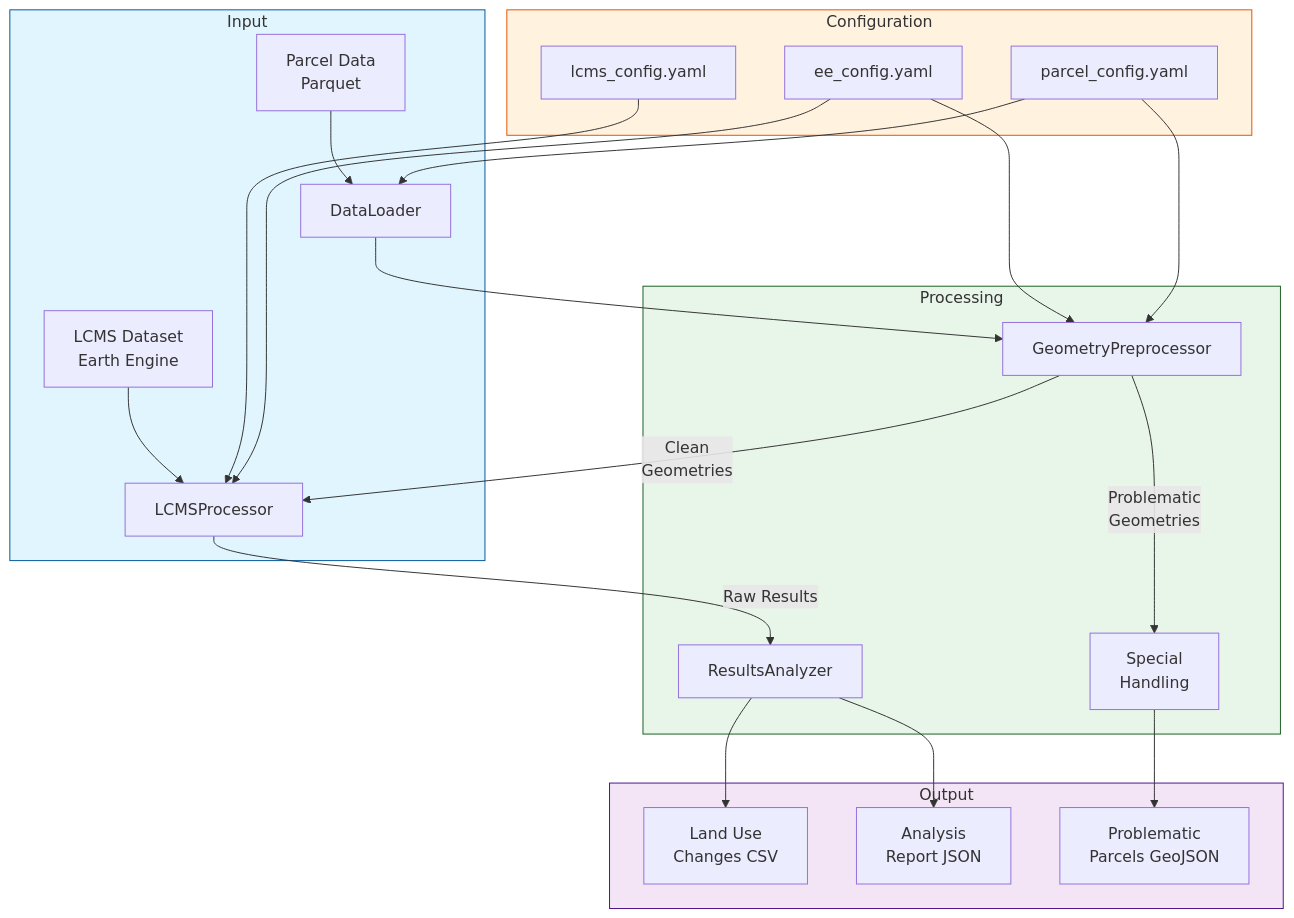
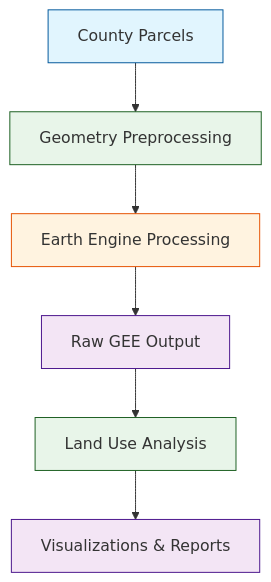
Before and after one commit to mihiarc/parcelpy: the first of 4 diagrams in README.md, drawn with Mermaid. The commit also changed other lines of this file and 24 other files, not shown here.

First line of the commit message:
feat: Complete Anoka County analysis and enhance analysis module

````diff
--- a/README.md
+++ b/README.md
@@ -53,31 +7,15 @@
 ```mermaid
 graph TD
-    subgraph Input
-        A[Parcel Data<br>Parquet] --> B[DataLoader]
-        C[LCMS Dataset<br>Earth Engine] --> E[LCMSProcessor]
-    end
+    A[County Parcels] --> B[Geometry Preprocessing]
+    B --> C[Earth Engine Processing]
+    C --> D[Raw GEE Output]
+    D --> E[Land Use Analysis]
+    E --> F[Visualizations & Reports]
 
-    subgraph Processing
-        B --> D[GeometryPreprocessor]
-        D --> |Clean<br>Geometries| E
-        D --> |Problematic<br>Geometries| F[Special<br>Handling]
-        E --> |Raw Results| G[ResultsAnalyzer]
-    end
-
-    subgraph Configuration
-        H[lcms_config.yaml] --> E
-        I[ee_config.yaml] --> D & E
-        J[parcel_config.yaml] --> B & D
-    end
-
-    subgraph Output
-        G --> K[Land Use<br>Changes CSV]
-        G --> L[Analysis<br>Report JSON]
-        F --> M[Problematic<br>Parcels GeoJSON]
-    end
-
-    style Input fill:#e1f5fe,stroke:#01579b
-    style Processing fill:#e8f5e9,stroke:#1b5e20
-    style Configuration fill:#fff3e0,stroke:#e65100
-    style Output fill:#f3e5f5,stroke:#4a148c
+    style A fill:#e1f5fe,stroke:#01579b
+    style B fill:#e8f5e9,stroke:#1b5e20
+    style C fill:#fff3e0,stroke:#e65100
+    style D fill:#f3e5f5,stroke:#4a148c
+    style E fill:#e8f5e9,stroke:#1b5e20
+    style F fill:#f3e5f5,stroke:#4a148c
 ```
````
